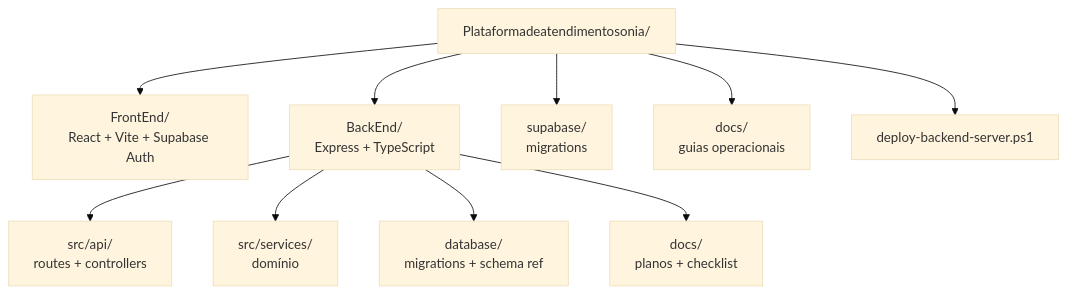
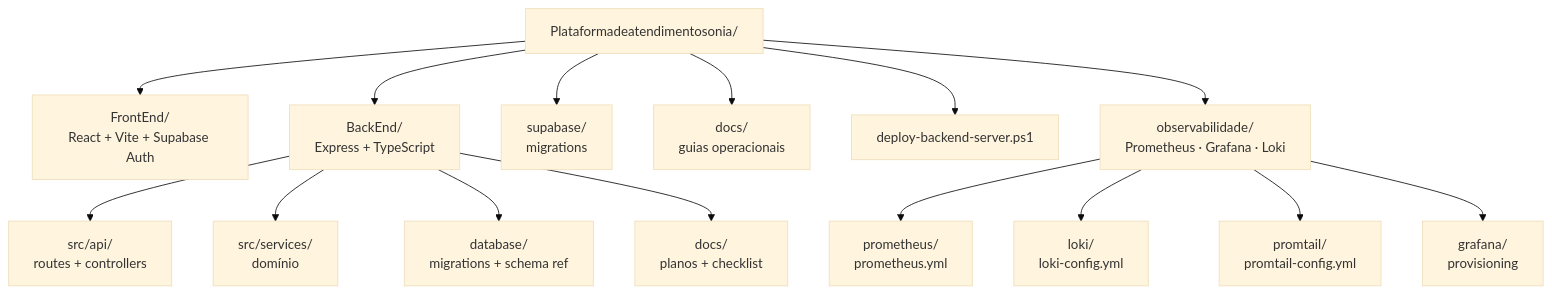
One commit to onsmart/Plataforma-Sonia changed the first of 21 diagrams in README.md. Above: the diagram before and after it, drawn with Mermaid (base theme). The commit also changed other lines of this file and 27 other files, not shown here.

````diff
--- a/README.md
+++ b/README.md
@@ -58,15 +60,21 @@
 ```mermaid
 flowchart TB
   ROOT["Plataformadeatendimentosonia/"]
 
   ROOT --> FE["FrontEnd/<br/>React + Vite + Supabase Auth"]
   ROOT --> BE["BackEnd/<br/>Express + TypeScript"]
   ROOT --> SB["supabase/<br/>migrations"]
   ROOT --> DOCS["docs/<br/>guias operacionais"]
   ROOT --> DEPLOY["deploy-backend-server.ps1"]
+  ROOT --> OBS["observabilidade/<br/>Prometheus · Grafana · Loki"]
 
   BE --> API["src/api/<br/>routes + controllers"]
   BE --> SVC["src/services/<br/>domínio"]
   BE --> DB["database/<br/>migrations + schema ref"]
   BE --> BEDOCS["docs/<br/>planos + checklist"]
+
+  OBS --> PROM["prometheus/<br/>prometheus.yml"]
+  OBS --> LOKI["loki/<br/>loki-config.yml"]
+  OBS --> PT["promtail/<br/>promtail-config.yml"]
+  OBS --> GF["grafana/<br/>provisioning"]
 ```
````
